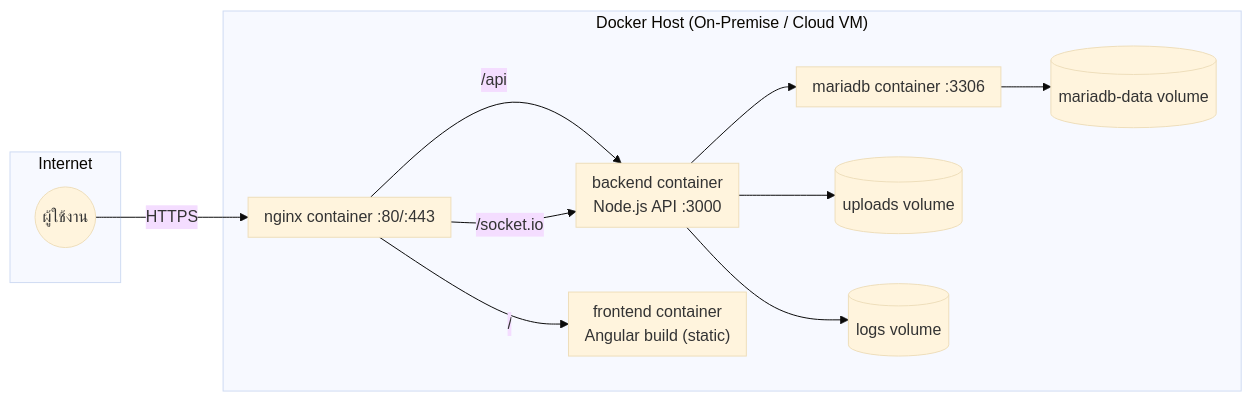
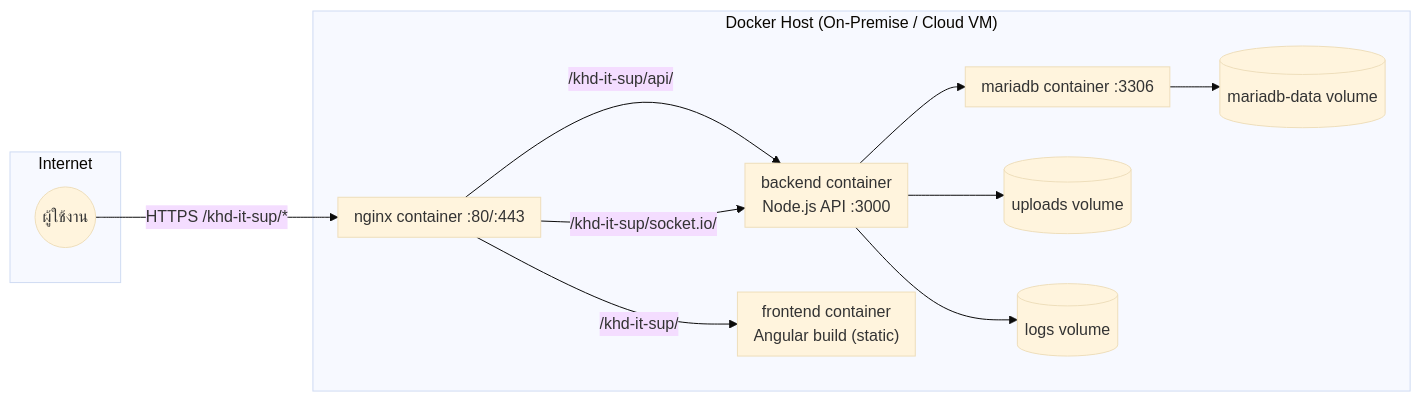
One commit to takio1981/khd-it-sup changed the third of 3 diagrams in docs/01-architecture.md. Above: the diagram before and after it, drawn with Mermaid (base theme). The commit also changed other lines of this file and 12 other files, not shown here.

First line of the commit message:
Update README, roadmap, and all manuals to reflect current system state

````diff
--- a/docs/01-architecture.md
+++ b/docs/01-architecture.md
@@ -235,29 +244,29 @@
 ```mermaid
 flowchart LR
     subgraph Internet
         User(("ผู้ใช้งาน"))
     end
 
     subgraph DockerHost["Docker Host (On-Premise / Cloud VM)"]
         subgraph NginxC["nginx container :80/:443"]
         end
         subgraph FEC["frontend container<br/>Angular build (static)"]
         end
         subgraph BEC["backend container<br/>Node.js API :3000"]
         end
         subgraph DBC["mariadb container :3306"]
         end
         Vol1[(uploads volume)]
         Vol2[(mariadb-data volume)]
         Vol3[(logs volume)]
     end
 
-    User -- HTTPS --> NginxC
-    NginxC -- "/" --> FEC
-    NginxC -- "/api" --> BEC
-    NginxC -- "/socket.io" --> BEC
+    User -- "HTTPS /khd-it-sup/*" --> NginxC
+    NginxC -- "/khd-it-sup/" --> FEC
+    NginxC -- "/khd-it-sup/api/" --> BEC
+    NginxC -- "/khd-it-sup/socket.io/" --> BEC
     BEC --> DBC
     BEC --> Vol1
     BEC --> Vol3
     DBC --> Vol2
 ```
````
